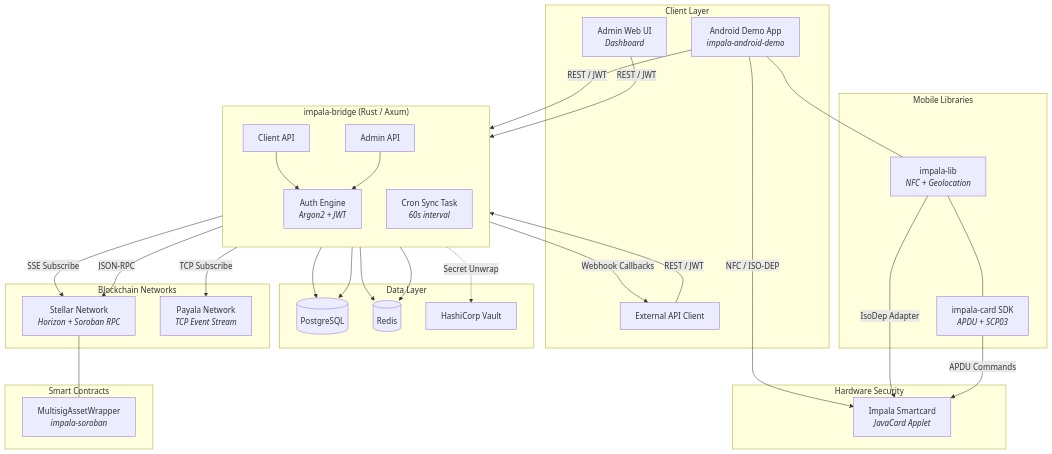
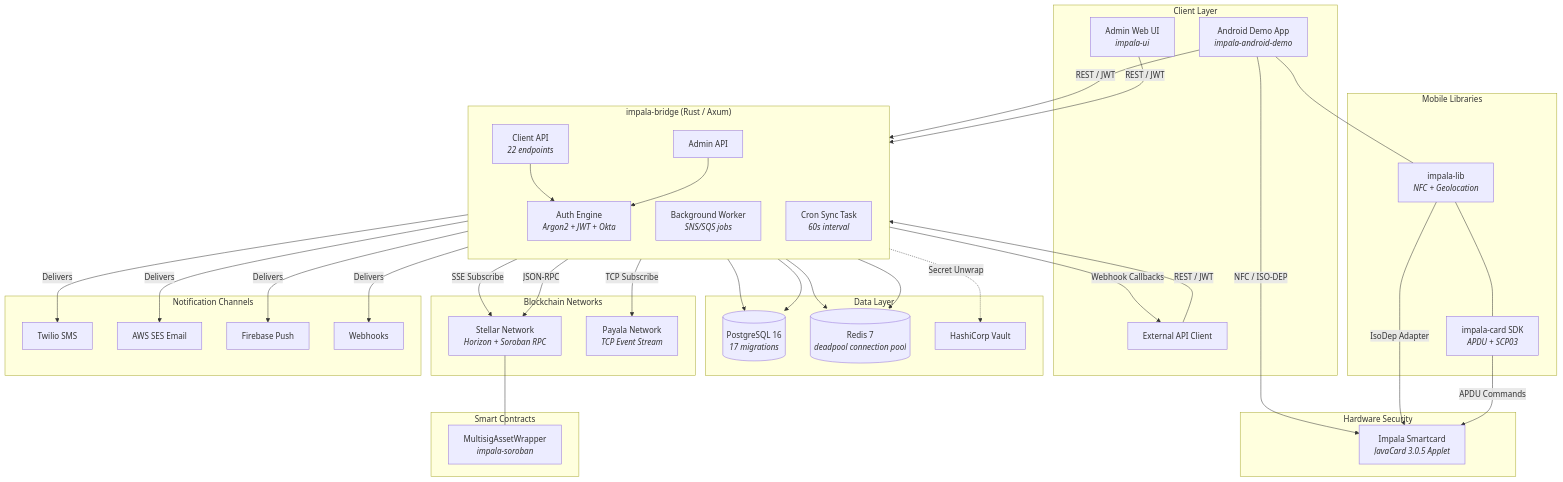
One commit to Financial-Empowerment-Partners/impala changed the first of 11 diagrams in ARCHITECTURE.md. Above: the diagram before and after it, drawn with Mermaid. The commit also changed other lines of this file and 1 other file, not shown here.

````diff
--- a/ARCHITECTURE.md
+++ b/ARCHITECTURE.md
@@ -12,66 +17,79 @@
 ```mermaid
 graph TB
     subgraph Clients["Client Layer"]
         AndroidApp["Android Demo App<br/><i>impala-android-demo</i>"]
-        AdminUI["Admin Web UI<br/><i>Dashboard</i>"]
+        AdminUI["Admin Web UI<br/><i>impala-ui</i>"]
         ExtClient["External API Client"]
     end
 
     subgraph Bridge["impala-bridge &lpar;Rust / Axum&rpar;"]
         direction TB
-        ClientAPI["Client API"]
+        ClientAPI["Client API<br/><i>22 endpoints</i>"]
         AdminAPI["Admin API"]
-        AuthEngine["Auth Engine<br/><i>Argon2 + JWT</i>"]
+        AuthEngine["Auth Engine<br/><i>Argon2 + JWT + Okta</i>"]
+        Worker["Background Worker<br/><i>SNS/SQS jobs</i>"]
         CronSync["Cron Sync Task<br/><i>60s interval</i>"]
     end
 
     subgraph Storage["Data Layer"]
-        Postgres[("PostgreSQL")]
-        Redis[("Redis")]
+        Postgres[("PostgreSQL 16<br/><i>17 migrations</i>")]
+        Redis[("Redis 7<br/><i>deadpool connection pool</i>")]
         Vault["HashiCorp Vault"]
     end
 
     subgraph Networks["Blockchain Networks"]
         Stellar["Stellar Network<br/><i>Horizon + Soroban RPC</i>"]
         Payala["Payala Network<br/><i>TCP Event Stream</i>"]
     end
 
     subgraph Hardware["Hardware Security"]
-        Card["Impala Smartcard<br/><i>JavaCard Applet</i>"]
+        Card["Impala Smartcard<br/><i>JavaCard 3.0.5 Applet</i>"]
     end
 
     subgraph MobileLibs["Mobile Libraries"]
         ImpalaLib["impala-lib<br/><i>NFC + Geolocation</i>"]
         ImpalaSDK["impala-card SDK<br/><i>APDU + SCP03</i>"]
     end
 
     subgraph Contracts["Smart Contracts"]
         Soroban["MultisigAssetWrapper<br/><i>impala-soroban</i>"]
+    end
+
+    subgraph Notifications["Notification Channels"]
+        Twilio["Twilio SMS"]
+        SES["AWS SES Email"]
+        FCM["Firebase Push"]
+        Webhooks["Webhooks"]
     end
 
     AndroidApp -->|"REST / JWT"| ClientAPI
     AdminUI -->|"REST / JWT"| AdminAPI
     ExtClient -->|"REST / JWT"| ClientAPI
 
     ClientAPI --> AuthEngine
     AdminAPI --> AuthEngine
     AuthEngine --> Postgres
     AuthEngine --> Redis
 
     Bridge --> Postgres
     Bridge --> Redis
     Bridge -.->|"Secret Unwrap"| Vault
 
     ClientAPI -->|"SSE Subscribe"| Stellar
     ClientAPI -->|"JSON-RPC"| Stellar
     ClientAPI -->|"TCP Subscribe"| Payala
     CronSync -->|"Webhook Callbacks"| ExtClient
 
+    Worker -->|"Delivers"| Twilio
+    Worker -->|"Delivers"| SES
+    Worker -->|"Delivers"| FCM
+    Worker -->|"Delivers"| Webhooks
+
     Stellar --- Soroban
 
     AndroidApp -->|"NFC / ISO-DEP"| Card
     ImpalaLib -->|"IsoDep Adapter"| Card
     ImpalaSDK -->|"APDU Commands"| Card
     AndroidApp --- ImpalaLib
     ImpalaLib --- ImpalaSDK
 ```
````
